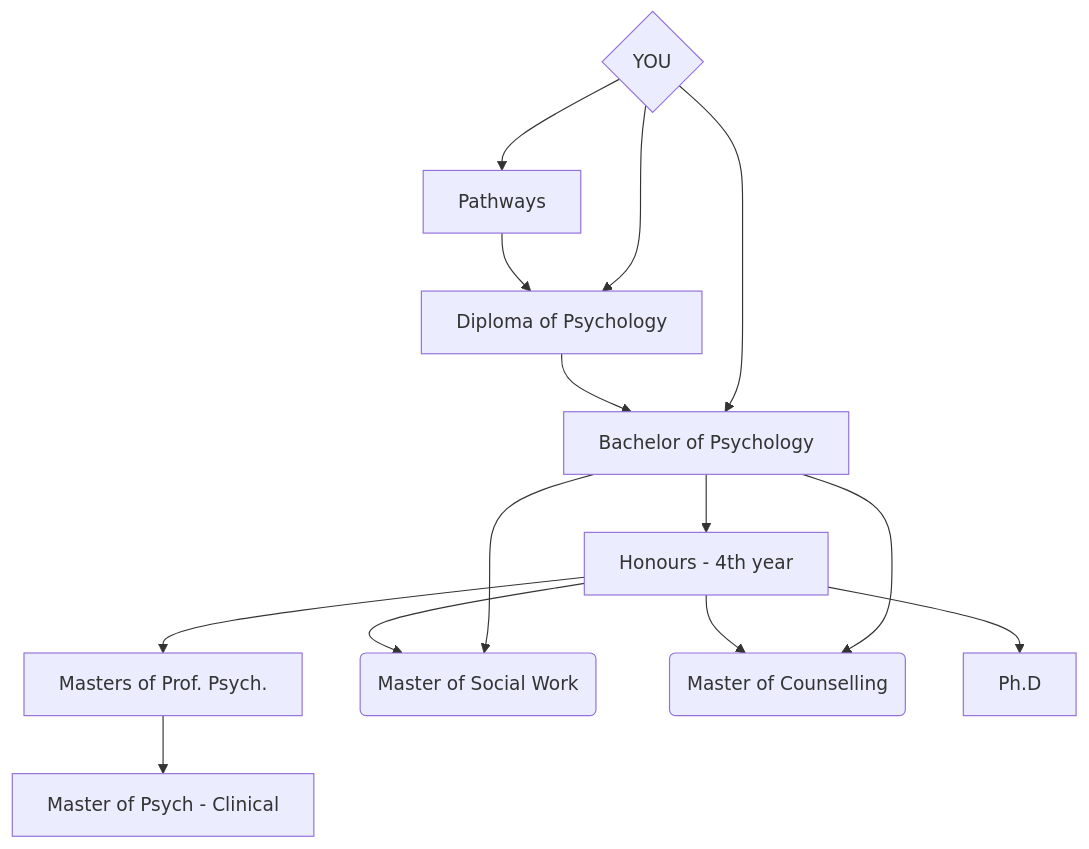
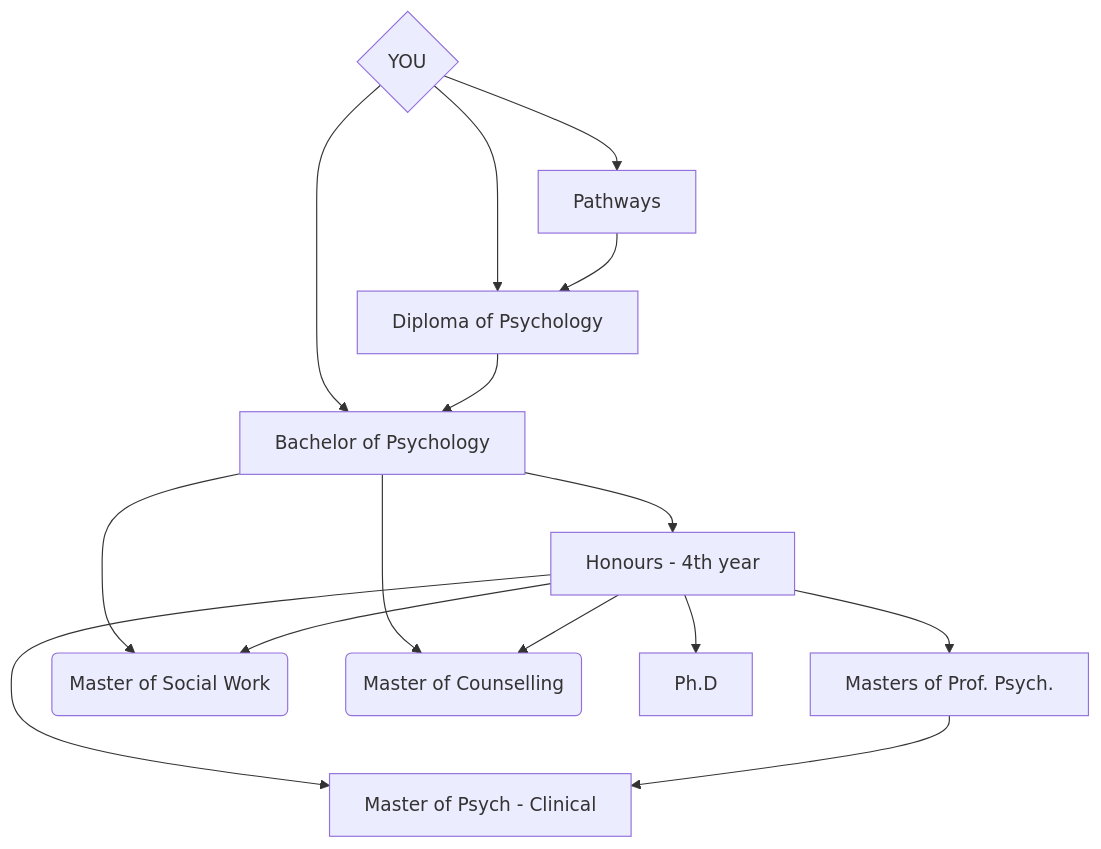
The diagram in docs/index.qmd (deborahapthorp/TAS-talk), drawn with Mermaid before and after one commit. The commit also changed other lines of this file and 1 other file, not shown here.

````diff
--- a/docs/index.qmd
+++ b/docs/index.qmd
@@ -84,19 +83,20 @@
 ```{mermaid}
 flowchart TD
     A{YOU} --> B[Pathways]
     B --> C[Diploma of Psychology]
     C --> D[Bachelor of Psychology]
     D --> E[Honours - 4th year]
     E --> F[Masters of Prof. Psych.]
     F --> G[Master of Psych - Clinical]
    E --> H(Master of Social Work)
   E --> I(Master of Counselling)
   E --> J[Ph.D]
+  E --> G
   D --> H
   D --> I
   A --> C
   A --> D
 
 
 
 ```
````
